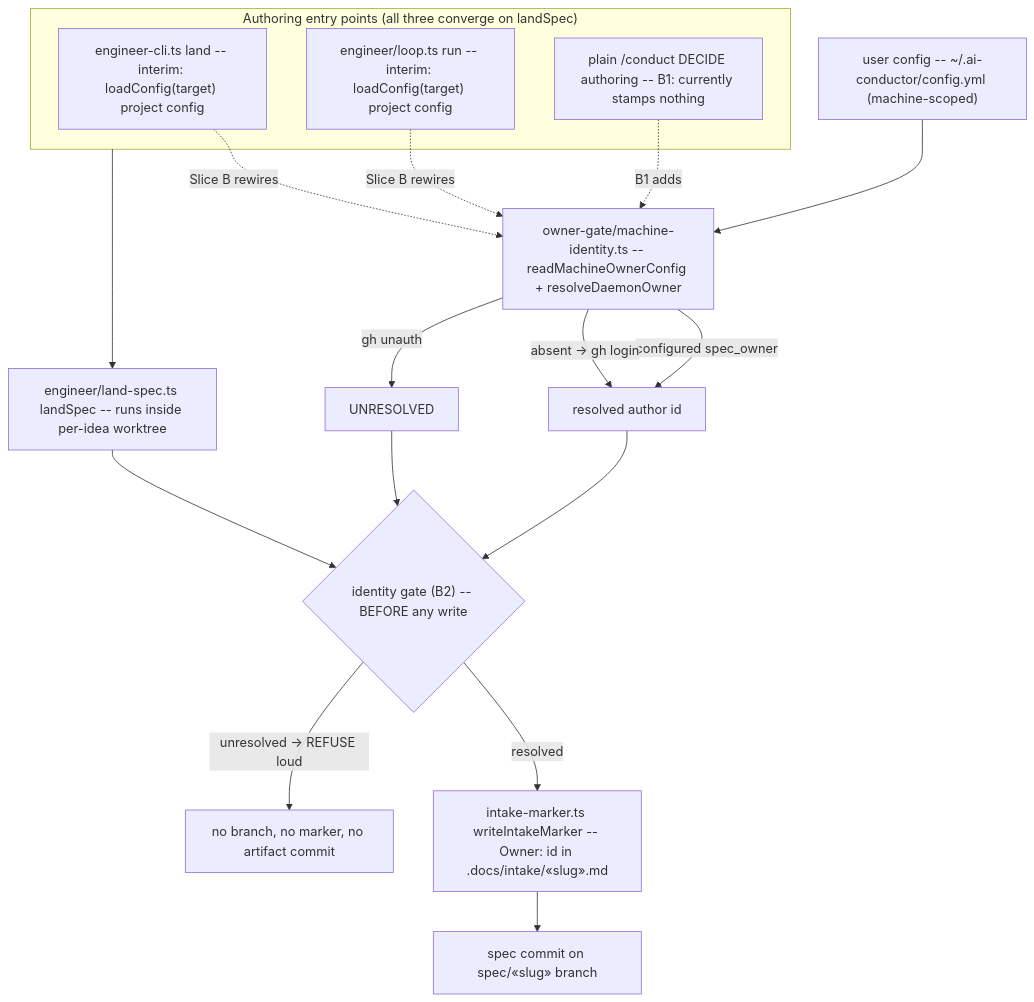
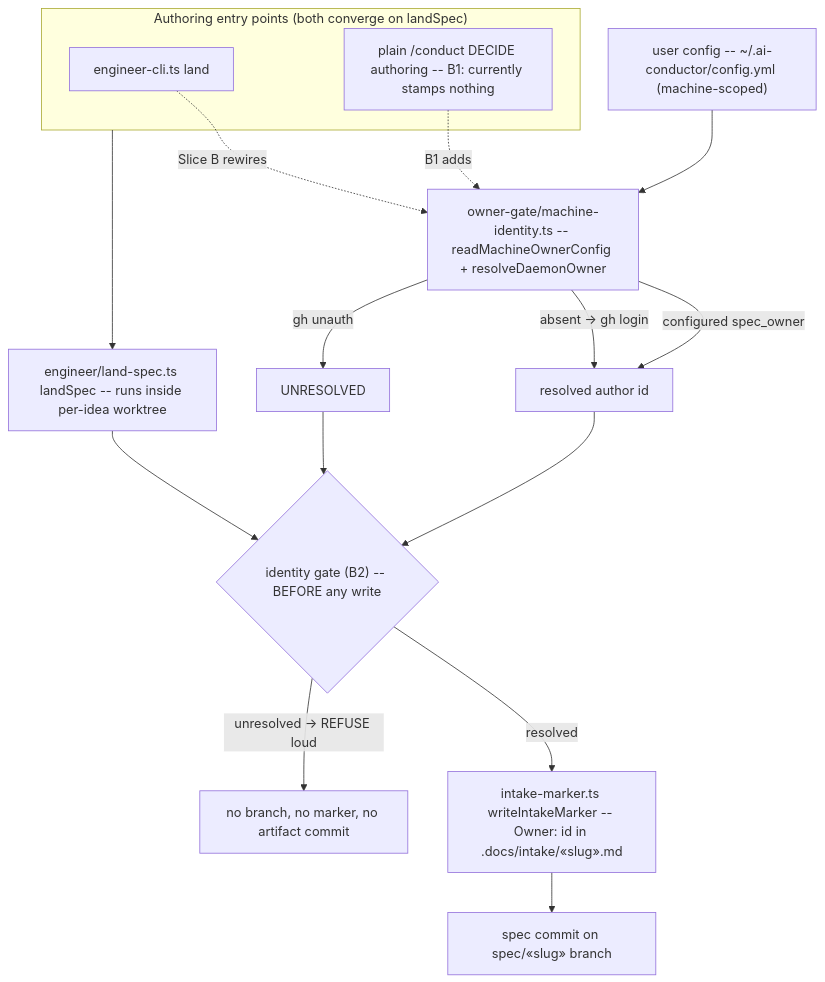
One commit to jstoup111/ai-conductor changed the diagram in .docs/architecture/multi-operator-ownership-slice-b.md. Above: the diagram before and after it, drawn with Mermaid. The commit also changed other lines of this file and 51 other files, not shown here.

````diff
--- a/.docs/architecture/multi-operator-ownership-slice-b.md
+++ b/.docs/architecture/multi-operator-ownership-slice-b.md
@@ -11,29 +11,27 @@
 ```mermaid
 flowchart TD
   userCfg["user config -- ~/.ai-conductor/config.yml (machine-scoped)"]
   machineId["owner-gate/machine-identity.ts -- readMachineOwnerConfig + resolveDaemonOwner"]
   userCfg --> machineId
   machineId -->|"configured spec_owner"| resolved["resolved author id"]
   machineId -->|"absent -> gh login"| resolved
   machineId -->|"gh unauth"| unresolved["UNRESOLVED"]
 
-  subgraph entries["Authoring entry points (all three converge on landSpec)"]
-    cli["engineer-cli.ts land -- interim: loadConfig(target) project config"]
-    loop["engineer/loop.ts run -- interim: loadConfig(target) project config"]
+  subgraph entries["Authoring entry points (both converge on landSpec)"]
+    cli["engineer-cli.ts land"]
     conduct["plain /conduct DECIDE authoring -- B1: currently stamps nothing"]
   end
 
   cli -.->|"Slice B rewires"| machineId
-  loop -.->|"Slice B rewires"| machineId
   conduct -.->|"B1 adds"| machineId
 
   land["engineer/land-spec.ts landSpec -- runs inside per-idea worktree"]
   entries --> land
 
   resolved --> gate{"identity gate (B2) -- BEFORE any write"}
   unresolved --> gate
   land --> gate
   gate -->|"resolved"| stamp["intake-marker.ts writeIntakeMarker -- Owner: id in .docs/intake/«slug».md"]
   gate -->|"unresolved -> REFUSE loud"| refuse["no branch, no marker, no artifact commit"]
   stamp --> commit["spec commit on spec/«slug» branch"]
 ```
````
